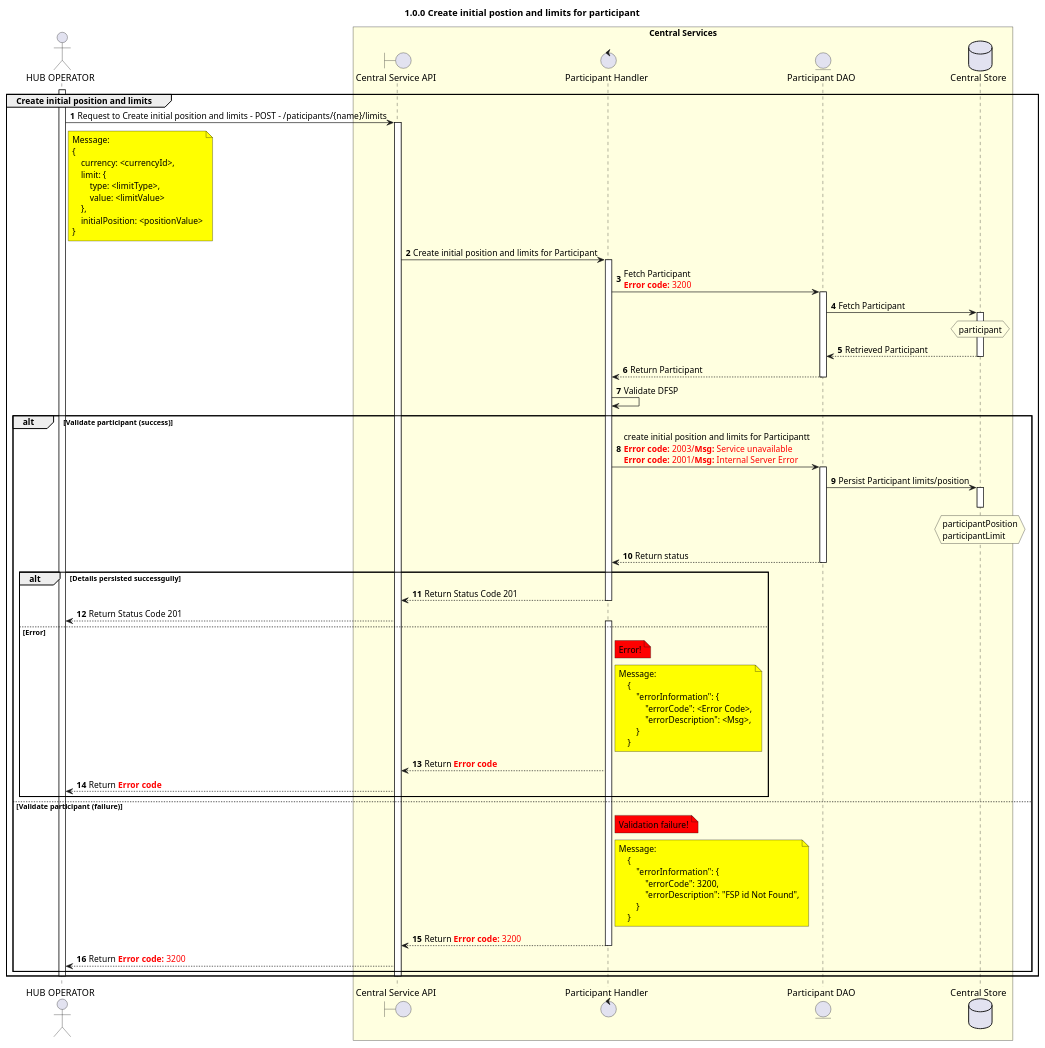
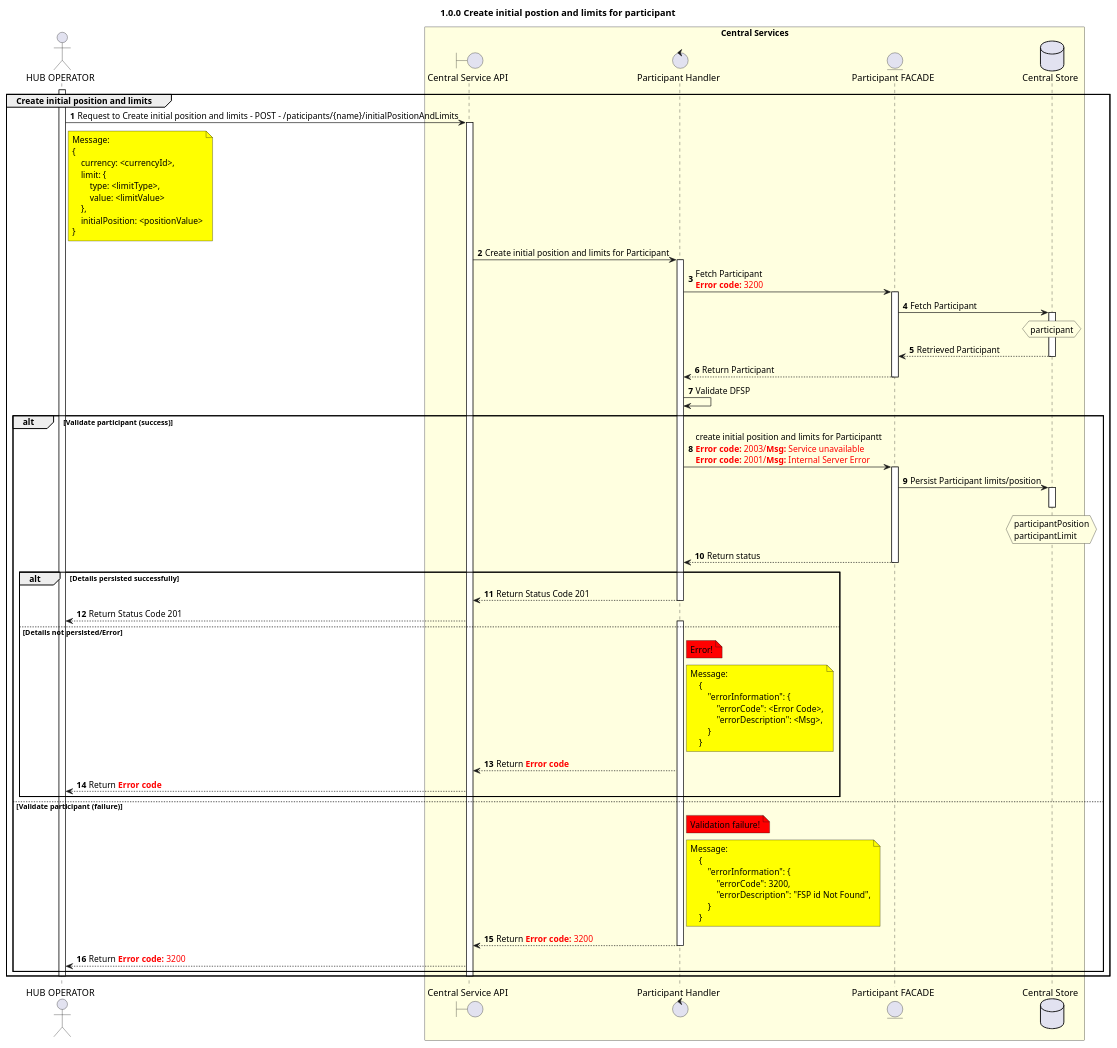
Before and after one commit to NicoDuvenage/docs-1: the diagram in CentralServices/seq_diagrams/participant-details/seq-participant-limits-1.0.0.plantuml, drawn with PlantUML. The commit also changed 1 other file, not shown here.

Commit message:
modified the diagram after review

```diff
--- a/CentralServices/seq_diagrams/participant-details/seq-participant-limits-1.0.0.plantuml
+++ b/CentralServices/seq_diagrams/participant-details/seq-participant-limits-1.0.0.plantuml
@@ -1,115 +1,115 @@
 @startuml
 ' declate title
 title 1.0.0 Create initial postion and limits for participant
 
 autonumber
 
 
 ' Actor Keys:
 ' boundary - APIs/Interfaces, etc
 ' entity - Database Access Objects
 ' database - Database Persistance Store
 
 ' declare actors
 actor "HUB OPERATOR" as OPERATOR
 boundary "Central Service API" as CSAPI
 control "Participant Handler" as PARTICIPANT_HANDLER
 entity "Central Service API" as CSAPI
-entity "Participant DAO" as PARTICIPANT_DAO
+entity "Participant FACADE" as PARTICIPANT_DAO
 database "Central Store" as DB
 
 box "Central Services" #LightYellow
 participant CSAPI
 participant PARTICIPANT_HANDLER
 participant PARTICIPANT_DAO
 participant DB
 end box
 
 ' start flow
 
 activate OPERATOR
 group Create initial position and limits
-    OPERATOR -> CSAPI: Request to Create initial position and limits - POST - /paticipants/{name}/limits
+    OPERATOR -> CSAPI: Request to Create initial position and limits - POST - /paticipants/{name}/initialPositionAndLimits
     note right of OPERATOR #yellow
         Message:
         {
             currency: <currencyId>,
             limit: {
                 type: <limitType>,
                 value: <limitValue>
             },
             initialPosition: <positionValue>
         }
     end note
 
     activate CSAPI
     CSAPI -> PARTICIPANT_HANDLER: Create initial position and limits for Participant
     activate PARTICIPANT_HANDLER
     PARTICIPANT_HANDLER ->PARTICIPANT_DAO: Fetch Participant \n<color #FF0000><b>Error code:</b> 3200</color>
 
     activate PARTICIPANT_DAO
     PARTICIPANT_DAO -> DB: Fetch Participant
     activate DB
     hnote over DB #lightyellow
         participant
     end note
     DB --> PARTICIPANT_DAO: Retrieved Participant
     deactivate DB
     PARTICIPANT_DAO --> PARTICIPANT_HANDLER: Return Participant
     deactivate PARTICIPANT_DAO
     PARTICIPANT_HANDLER ->PARTICIPANT_HANDLER: Validate DFSP
     alt Validate participant (success)
         PARTICIPANT_HANDLER ->PARTICIPANT_DAO: create initial position and limits for Participantt \n<color #FF0000><b>Error code:</b> 2003/<b>Msg:</b> Service unavailable </color> \n<color #FF0000><b>Error code:</b> 2001/<b>Msg:</b> Internal Server Error </color>
         activate PARTICIPANT_DAO
         PARTICIPANT_DAO -> DB: Persist Participant limits/position
         activate DB
         hnote over DB #lightyellow
             participantPosition
             participantLimit
         end note
         deactivate DB
         PARTICIPANT_DAO --> PARTICIPANT_HANDLER: Return status
         deactivate PARTICIPANT_DAO
-        alt Details persisted successgully
+        alt Details persisted successfully
             PARTICIPANT_HANDLER -->CSAPI: Return Status Code 201
             deactivate PARTICIPANT_HANDLER
             CSAPI -->OPERATOR: Return Status Code 201
-        else Error
+        else Details not persisted/Error
             note right of PARTICIPANT_HANDLER #red: Error!
             activate PARTICIPANT_HANDLER
             note right of PARTICIPANT_HANDLER #yellow
             Message:
                 {
                     "errorInformation": {
                         "errorCode": <Error Code>,
                         "errorDescription": <Msg>,
                     }
                 }
             end note
             PARTICIPANT_HANDLER -->CSAPI: Return <color #FF0000><b>Error code</b></color>
            ' deactivate PARTICIPANT_HANDLER
             CSAPI -->OPERATOR: Return <color #FF0000><b>Error code</b></color>
             
         end
 
     else Validate participant (failure)
         note right of PARTICIPANT_HANDLER #red: Validation failure!
         activate PARTICIPANT_HANDLER
         note right of PARTICIPANT_HANDLER #yellow
             Message:
                 {
                     "errorInformation": {
                         "errorCode": 3200,
                         "errorDescription": "FSP id Not Found",
                     }
                 }
         end note
         PARTICIPANT_HANDLER -->CSAPI: Return <color #FF0000><b>Error code:</b> 3200</color>
         deactivate PARTICIPANT_HANDLER
         CSAPI -->OPERATOR: Return <color #FF0000><b>Error code:</b> 3200</color>
 
     end
     deactivate CSAPI
     deactivate OPERATOR
 end
 @enduml
```
